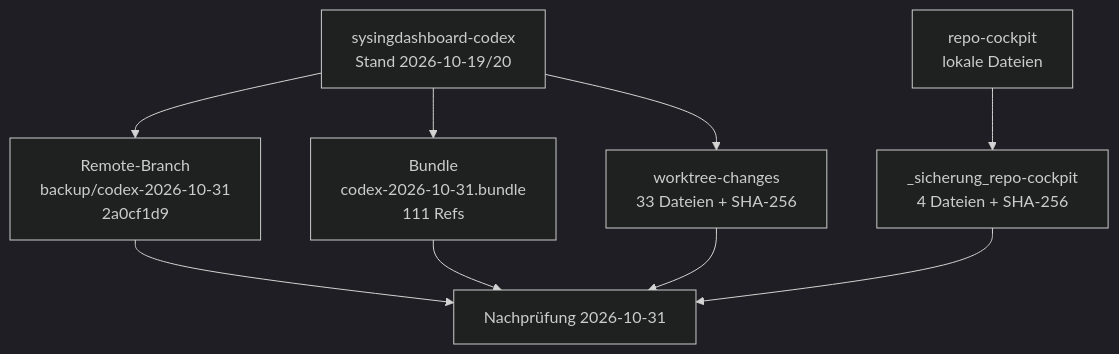
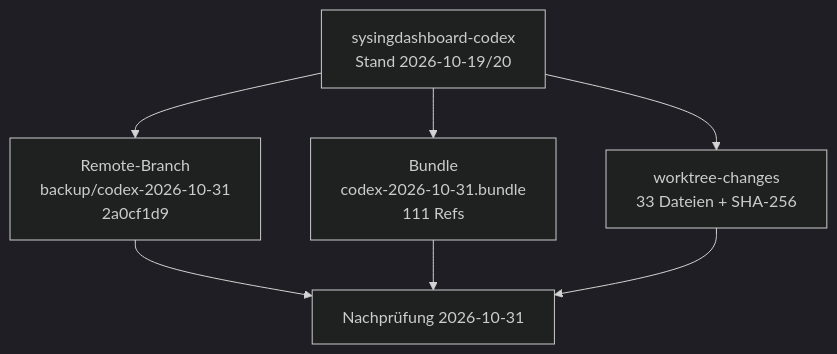
The diagram in docs/BERICHT-2026-10-31-SICHERUNG.md (bmarnau/sysingdashboard), drawn with Mermaid (dark theme) before and after one commit. The commit also changed other lines of this file and 2 other files, not shown here.

Commit message:
docs: Bericht zur Sicherung korrigiert (Codex-Klon unter OneDrive, repo-cockpit herausgenommen)

````diff
--- a/docs/BERICHT-2026-10-31-SICHERUNG.md
+++ b/docs/BERICHT-2026-10-31-SICHERUNG.md
@@ -14,11 +13,9 @@
 ```mermaid
 flowchart TD
   Q1[sysingdashboard-codex<br/>Stand 2026-10-19/20] --> S1[Remote-Branch<br/>backup/codex-2026-10-31<br/>2a0cf1d9]
   Q1 --> S2[Bundle<br/>codex-2026-10-31.bundle<br/>111 Refs]
   Q1 --> S3[worktree-changes<br/>33 Dateien + SHA-256]
-  Q2[repo-cockpit<br/>lokale Dateien] --> S4[_sicherung_repo-cockpit<br/>4 Dateien + SHA-256]
   S1 --> P[Nachprüfung 2026-10-31]
   S2 --> P
   S3 --> P
-  S4 --> P
 ```
````
